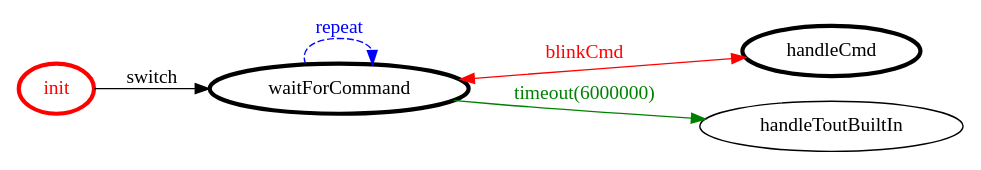
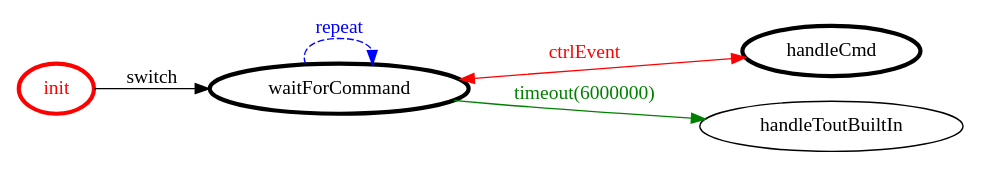
The diagram in it.unibo.finalTask2018/srcMore/it/unibo/ledmockgui/ledmockgui.gv (FFrabetti/ProgettoISS_relazione), drawn with Graphviz before and after one commit. The commit also changed 35 other files, not shown here.

```diff
--- a/it.unibo.finalTask2018/srcMore/it/unibo/ledmockgui/ledmockgui.gv
+++ b/it.unibo.finalTask2018/srcMore/it/unibo/ledmockgui/ledmockgui.gv
@@ -1,20 +1,20 @@
 /*
 *
 * A GraphViz DOT FSM description 
 * Please use a GraphViz visualizer (like http://www.webgraphviz.com)
 *  
 */
 
 digraph finite_state_machine {
 	rankdir=LR
 	size="8,5"
 	
 	init [ color = red ][ fontcolor = red ][ penwidth = 3 ]
 	handleCmd [ color = black ][ fontcolor = black ][ penwidth = 3 ]
 	waitForCommand [ color = black ][ fontcolor = black ][ penwidth = 3 ]
 	
-	waitForCommand -> handleCmd [ label = "blinkCmd" ][ color = red ][ fontcolor = red ][ dir = both ]
+	waitForCommand -> handleCmd [ label = "ctrlEvent" ][ color = red ][ fontcolor = red ][ dir = both ]
 	init -> waitForCommand [ label = "switch" ][ color = black ][ fontcolor = black ]
 	waitForCommand -> handleToutBuiltIn [ label = "timeout(6000000)" ][ color = green ][ fontcolor = green ]
 	waitForCommand -> waitForCommand [ label = "repeat "][ style = dashed ][ color = blue ][ fontcolor = blue ]
 }
```
